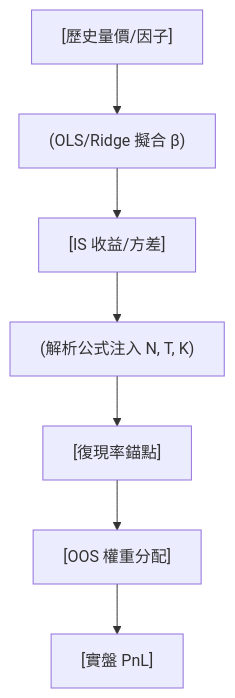
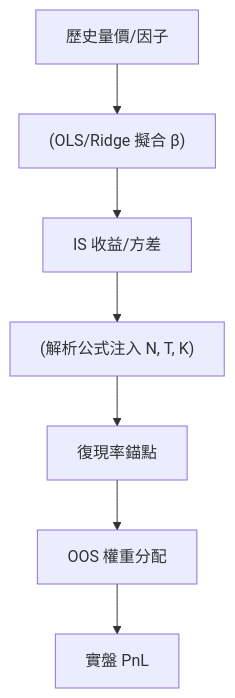
Before and after one commit to sou350121/Trading-Handbook: the diagram in foundations/evaluation-benchmarks/art-337.md, drawn with Mermaid. The commit also changed 191 other files, not shown here.

First line of the commit message:
render: fix math + mermaid for GitHub across the corpus (188 pages)

````diff
--- a/foundations/evaluation-benchmarks/art-337.md
+++ b/foundations/evaluation-benchmarks/art-337.md
@@ -32,9 +32,9 @@
 ```mermaid
 flowchart TD
-    A["[歷史量價/因子]"] --> B["(OLS/Ridge 擬合 β)"]
-    B --> C["[IS 收益/方差]"]
+    A["歷史量價/因子"] --> B["(OLS/Ridge 擬合 β)"]
+    B --> C["IS 收益/方差"]
     C --> D["(解析公式注入 N, T, K)"]
-    D --> E["[復現率錨點]"]
-    E --> F["[OOS 權重分配]"]
-    F --> G["[實盤 PnL]"]
+    D --> E["復現率錨點"]
+    E --> F["OOS 權重分配"]
+    F --> G["實盤 PnL"]
 ```
````
